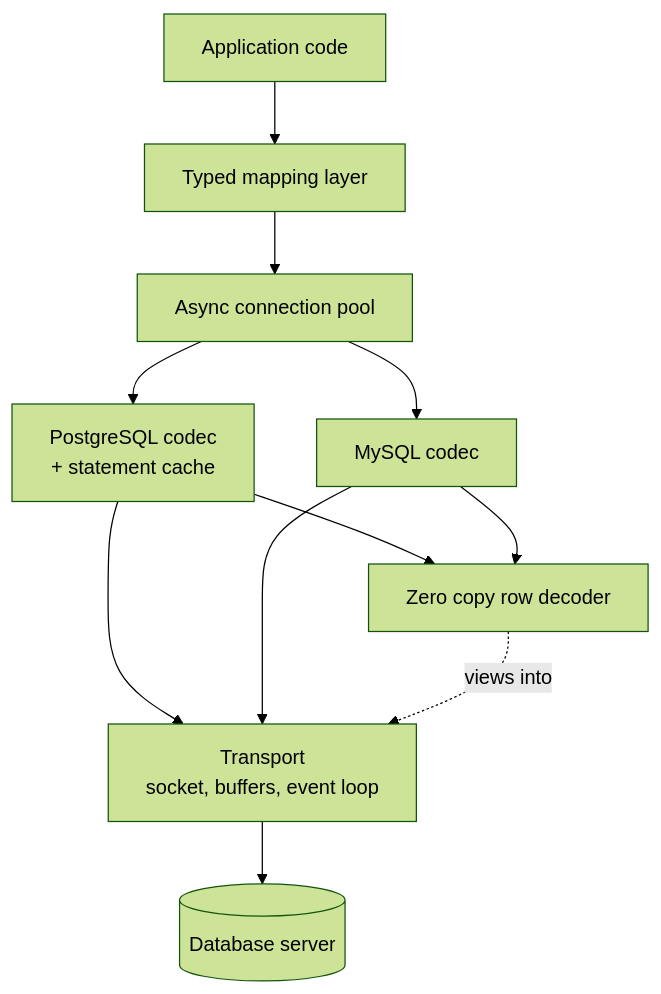
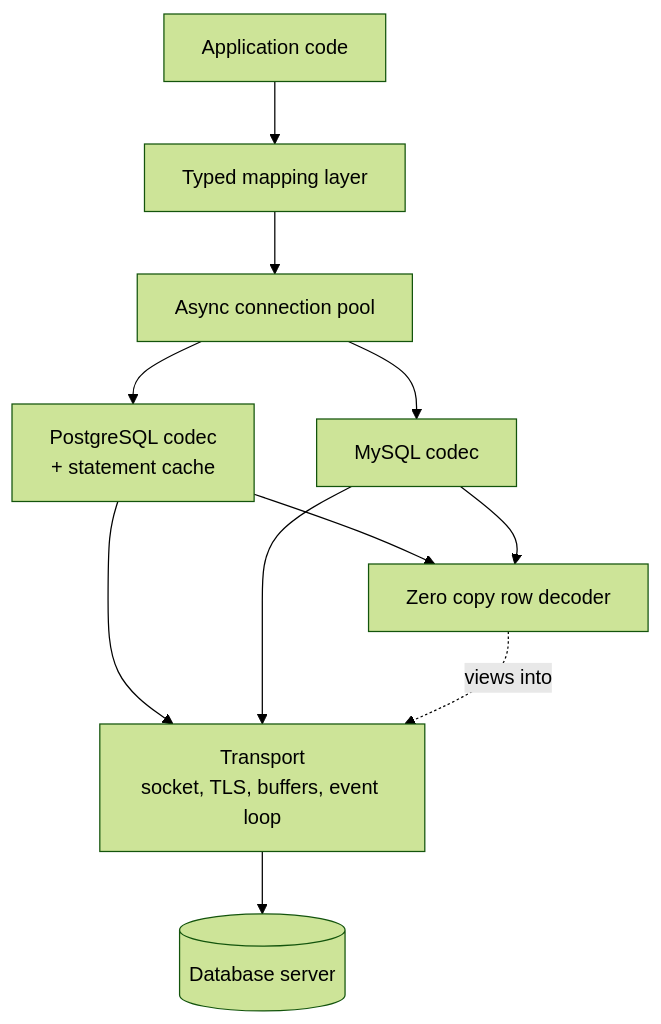
The diagram in README.md (Alex-Tsvetanov/conduit), drawn with Mermaid (forest theme) before and after one commit. The commit also changed other lines of this file and 33 other files, not shown here.

````diff
--- a/README.md
+++ b/README.md
@@ -65,13 +67,13 @@
 ```mermaid
 flowchart TD
     App[Application code] --> Map[Typed mapping layer]
     Map --> Pool[Async connection pool]
     Pool --> PG[PostgreSQL codec<br/>+ statement cache]
     Pool --> MY[MySQL codec]
     PG --> Dec[Zero copy row decoder]
     MY --> Dec
-    PG --> Tr[Transport<br/>socket, buffers, event loop]
+    PG --> Tr[Transport<br/>socket, TLS, buffers, event loop]
     MY --> Tr
     Dec -. views into .-> Tr
     Tr --> Net[(Database server)]
 ```
````
